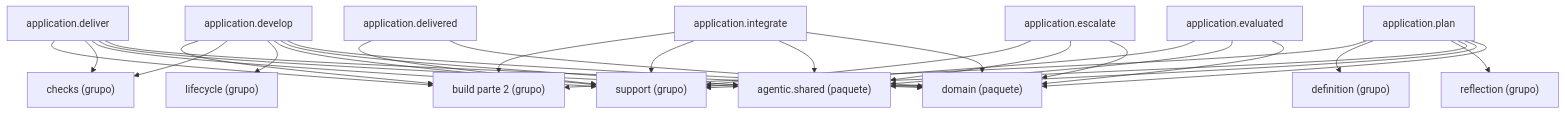
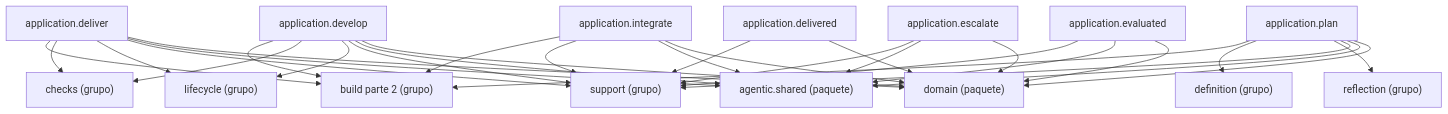
One commit to GonzaloZevallos/agentic-system changed the diagram in docs/architecture/generated/packages-process-application-build-1.md. Above: the diagram before and after it, drawn with Mermaid. The commit also changed 6 other files, not shown here.

````diff
--- a/docs/architecture/generated/packages-process-application-build-1.md
+++ b/docs/architecture/generated/packages-process-application-build-1.md
@@ -16,47 +16,48 @@
 ```mermaid
 graph TD
     g_application__build__2["build parte 2 (grupo)"]
     g_application__checks["checks (grupo)"]
     g_application__definition["definition (grupo)"]
     g_application__lifecycle["lifecycle (grupo)"]
     g_application__reflection["reflection (grupo)"]
     g_application__support["support (grupo)"]
     g_pkg__agentic__shared["agentic.shared (paquete)"]
     g_pkg__domain["domain (paquete)"]
     m_application__deliver["application.deliver"]
     m_application__delivered["application.delivered"]
     m_application__develop["application.develop"]
     m_application__escalate["application.escalate"]
     m_application__evaluated["application.evaluated"]
     m_application__integrate["application.integrate"]
     m_application__plan["application.plan"]
     m_application__deliver --> g_application__build__2
     m_application__deliver --> g_application__checks
+    m_application__deliver --> g_application__lifecycle
     m_application__deliver --> g_application__support
     m_application__deliver --> g_pkg__agentic__shared
     m_application__deliver --> g_pkg__domain
     m_application__delivered --> g_application__support
     m_application__delivered --> g_pkg__domain
     m_application__develop --> g_application__build__2
     m_application__develop --> g_application__checks
     m_application__develop --> g_application__lifecycle
     m_application__develop --> g_application__support
     m_application__develop --> g_pkg__agentic__shared
     m_application__develop --> g_pkg__domain
     m_application__escalate --> g_application__support
     m_application__escalate --> g_pkg__agentic__shared
     m_application__escalate --> g_pkg__domain
     m_application__evaluated --> g_application__support
     m_application__evaluated --> g_pkg__agentic__shared
     m_application__evaluated --> g_pkg__domain
     m_application__integrate --> g_application__build__2
     m_application__integrate --> g_application__support
     m_application__integrate --> g_pkg__agentic__shared
     m_application__integrate --> g_pkg__domain
     m_application__plan --> g_application__build__2
     m_application__plan --> g_application__definition
     m_application__plan --> g_application__reflection
     m_application__plan --> g_application__support
     m_application__plan --> g_pkg__agentic__shared
     m_application__plan --> g_pkg__domain
 ```
````
